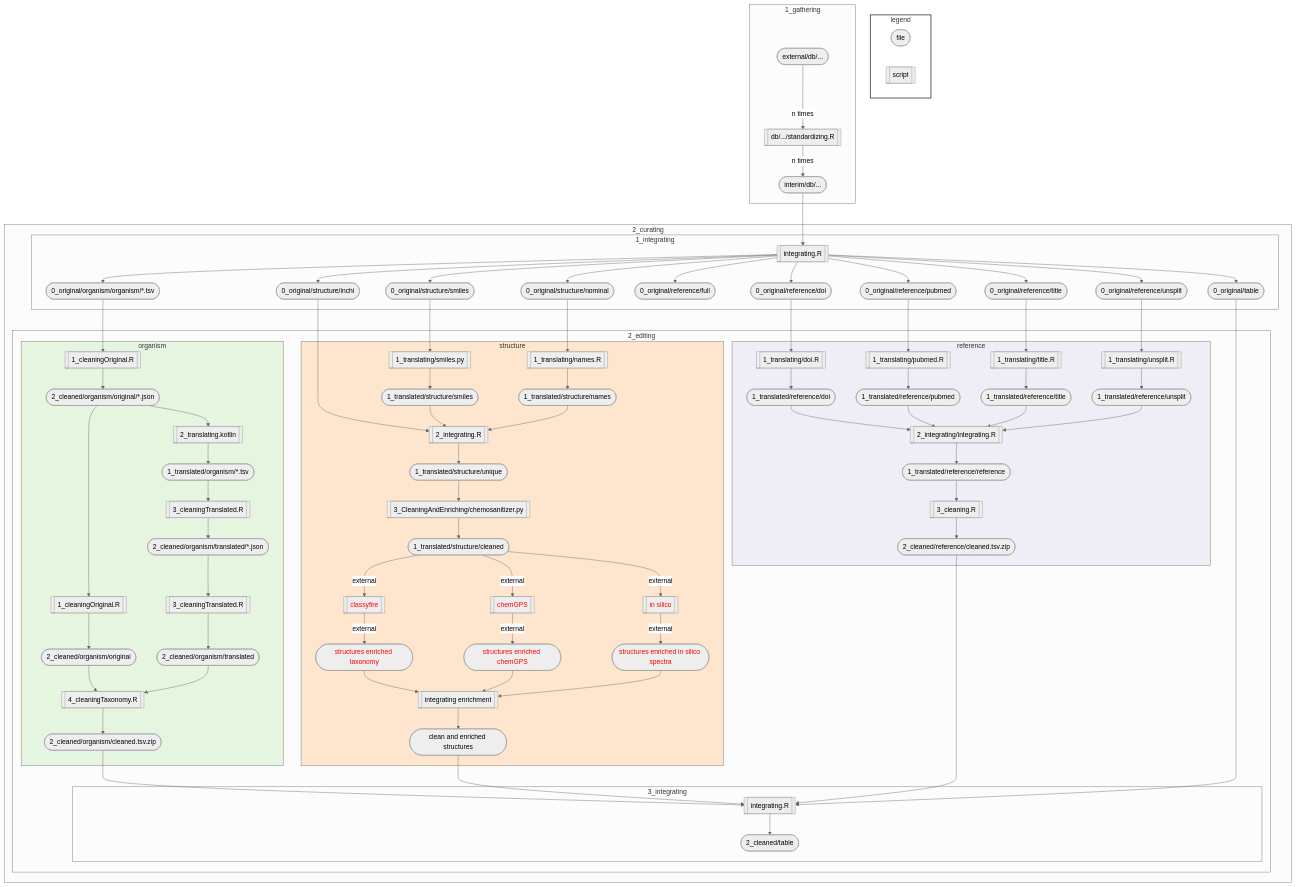
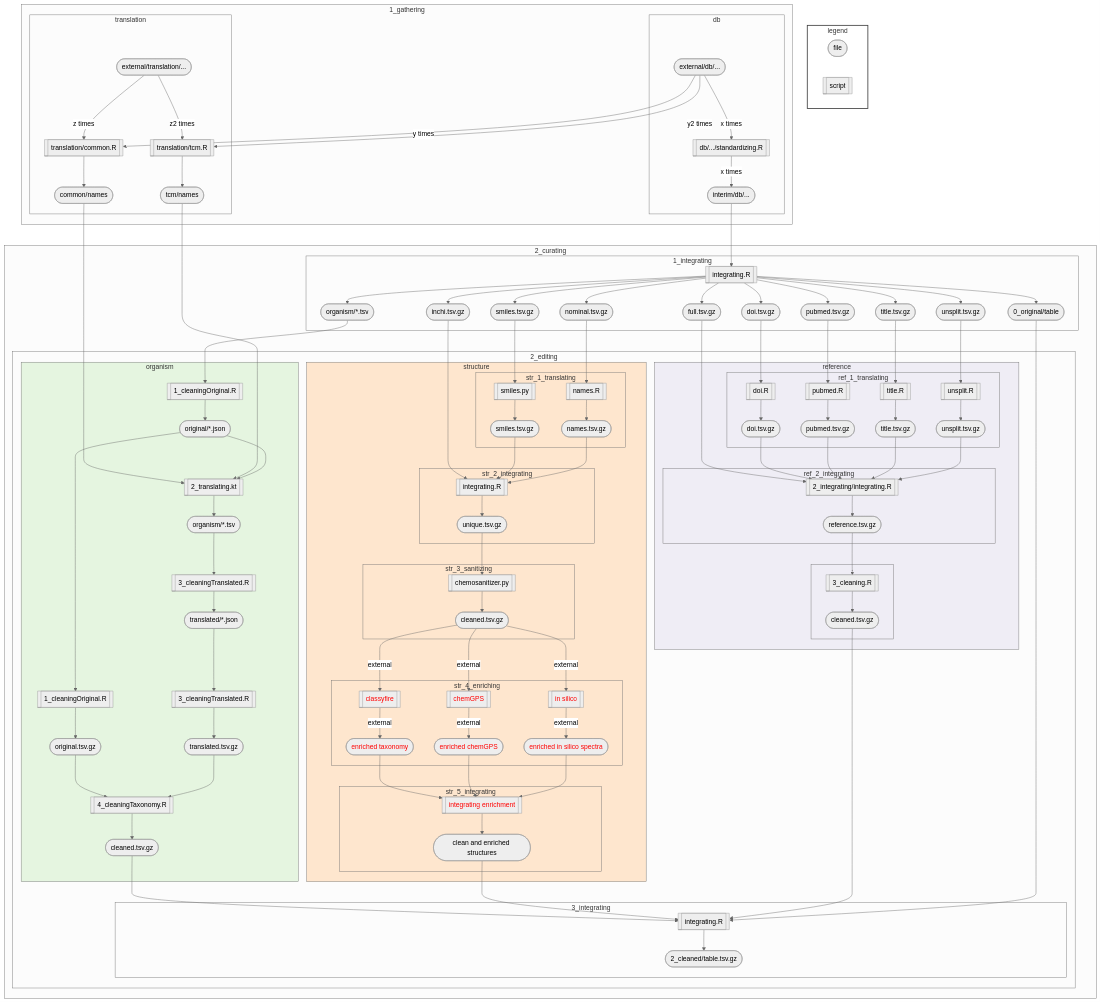
One commit to lotusnprod/lotus-processor changed the diagram in README.md. Above: the diagram before and after it, drawn with Mermaid (neutral theme).

```diff
--- a/README.md
+++ b/README.md
@@ -15,113 +15,154 @@
 end
 
 subgraph 1_gathering
-010([external/db/...]) -- n times --> 020[[db/.../standardizing.R]] -- n times --> 030([interim/db/...]) 
+subgraph db
+010([external/db/...]) -- x times --> 020[[db/.../standardizing.R]] -- x times --> 030([interim/db/...]) 
 end
+
+subgraph translation
+010([external/db/...]) -- y times --> 040[[translation/common.R]]
+011([external/translation/...]) -- z times --> 040[[translation/common.R]] --> 050([common/names])
+010([external/db/...]) -- y2 times --> 060[[translation/tcm.R]]
+011([external/translation/...]) -- z2 times --> 060[[translation/tcm.R]] --> 070([tcm/names])
+end
+
+end
+
+050([common/names]) --> 105[[2_translating.kt]]
+070([tcm/names]) --> 105[[2_translating.kt]]
 
 subgraph 2_curating
 subgraph 1_integrating
-030([interim/db/...]) --> 040[[integrating.R]]
-040[[integrating.R]] --> 100([0_original/organism/organism/*.tsv])
-040[[integrating.R]] --> 210([0_original/structure/inchi])
-040[[integrating.R]] --> 220([0_original/structure/smiles])
-040[[integrating.R]] --> 230([0_original/structure/nominal])
-040[[integrating.R]] --> 310([0_original/reference/full])
-040[[integrating.R]] --> 320([0_original/reference/doi])
-040[[integrating.R]] --> 330([0_original/reference/pubmed])
-040[[integrating.R]] --> 340([0_original/reference/title])
-040[[integrating.R]] --> 350([0_original/reference/unsplit])
-
-040[[integrating.R]] --> 400([0_original/table])
+030([interim/db/...]) --> 080[[integrating.R]]
+080[[integrating.R]] --> 100([organism/*.tsv])
+080[[integrating.R]] --> 210([inchi.tsv.gz])
+080[[integrating.R]] --> 220([smiles.tsv.gz])
+080[[integrating.R]] --> 230([nominal.tsv.gz])
+080[[integrating.R]] --> 310([full.tsv.gz])
+080[[integrating.R]] --> 320([doi.tsv.gz])
+080[[integrating.R]] --> 330([pubmed.tsv.gz])
+080[[integrating.R]] --> 340([title.tsv.gz])
+080[[integrating.R]] --> 350([unsplit.tsv.gz])
+080[[integrating.R]] --> 400([0_original/table])
 end
 
 subgraph 2_editing
 subgraph organism
 style organism fill:#E5F5E0
-100([0_original/organism/organism/*.tsv]) -->
+100([organism/*.tsv]) -->
     101[[1_cleaningOriginal.R]] --> 
-        102([2_cleaned/organism/original/*.json]) --> 
+        102([original/*.json]) --> 
             103[[1_cleaningOriginal.R]] --> 
-                104([2_cleaned/organism/original]) -->
+                104([original.tsv.gz]) -->
                     111[[4_cleaningTaxonomy.R]]
-        102([2_cleaned/organism/original/*.json]) -->
-            105[[2_translating.kotlin]] -->
-                106([1_translated/organism/*.tsv]) -->
+        102([original/*.json]) -->
+            105[[2_translating.kt]] -->
+                106([organism/*.tsv]) -->
                     107[[3_cleaningTranslated.R]] --> 
-                        108([2_cleaned/organism/translated/*.json]) --> 
+                        108([translated/*.json]) --> 
                             109[[3_cleaningTranslated.R]] -->  
-                                110([2_cleaned/organism/translated]) -->
+                                110([translated.tsv.gz]) -->
                                     111[[4_cleaningTaxonomy.R]] -->
-                                        120([2_cleaned/organism/cleaned])
+                                        120([cleaned.tsv.gz])
 end
 
 subgraph structure
 style structure fill:#FEE6CE
-210([0_original/structure/inchi]) -->
-            240[[2_integrating.R]]
-220([0_original/structure/smiles]) -->
-    221[[1_translating/smiles.py]] -->
-        222([1_translated/structure/smiles]) -->
-            240[[2_integrating.R]]
-230([0_original/structure/nominal]) -->
-    231[[1_translating/names.R]] -->
-        232([1_translated/structure/names]) -->
-            240[[2_integrating.R]] -->
-                250([1_translated/structure/unique]) -->
-                    260[[3_CleaningAndEnriching/chemosanitizer.py]] -->
-                        270([1_translated/structure/cleaned]) -->
-                            |external| 281[[classyfire]] -->
-                                |external| 291([structures enriched taxonomy]) -->
-                                    298[[integrating enrichment]]
-                        270([1_translated/structure/cleaned]) -->
-                            |external| 282[[chemGPS]] -->
-                                |external| 292([structures enriched chemGPS]) -->
-                                    298[[integrating enrichment]]
-                        270([1_translated/structure/cleaned]) -->
-                            |external| 283[[in silico]] -->
-                                |external| 293([structures enriched in silico spectra]) -->
-                                    298[[integrating enrichment]] -->
-                                        299([clean and enriched structures])
+subgraph str_1_translating
+style str_1_translating fill:#FEE6CE
+220([smiles.tsv.gz]) -->
+    221[[smiles.py]] -->
+        222([smiles.tsv.gz])
+230([nominal.tsv.gz]) -->
+    231[[names.R]] -->
+        232([names.tsv.gz])
+end
 
+subgraph str_2_integrating
+style str_2_integrating fill:#FEE6CE
+210([inchi.tsv.gz]) --> 240[[integrating.R]] 
+222([smiles.tsv.gz]) --> 240[[integrating.R]]
+232([names.tsv.gz]) --> 240[[integrating.R]]
+    --> 250([unique.tsv.gz]) 
+end
+
+subgraph str_3_sanitizing
+style str_3_sanitizing fill:#FEE6CE
+250([unique.tsv.gz]) --> 260[[chemosanitizer.py]] -->
+    270([cleaned.tsv.gz])
+end
+
+subgraph str_4_enriching
+style str_4_enriching fill:#FEE6CE
+270([cleaned.tsv.gz]) -->
+    |external| 281[[classyfire]] -->
+        |external| 291([enriched taxonomy])
+270([cleaned.tsv.gz]) -->
+    |external| 282[[chemGPS]] -->
+        |external| 292([enriched chemGPS])
+270([cleaned.tsv.gz]) -->
+    |external| 283[[in silico]] -->
+        |external| 293([enriched in silico spectra])
+end 
+
+subgraph str_5_integrating
+style str_5_integrating fill:#FEE6CE
+291([enriched taxonomy]) --> 298[[integrating enrichment]]
+292([enriched chemGPS]) --> 298[[integrating enrichment]]
+293([enriched in silico spectra]) --> 298[[integrating enrichment]]
+298[[integrating enrichment]] --> 299([clean and enriched structures])
+end
 classDef NotDone color:red
-class 281,291,282,292,283,293 NotDone
+class 281,291,282,292,283,293,298 NotDone
 
 end
 
 subgraph reference
 style reference fill:#EFEDF5
-320([0_original/reference/doi]) -->
-    321[[1_translating/doi.R]] -->
-        322([1_translated/reference/doi]) -->
-            360[[2_integrating/integrating.R]]
-330([0_original/reference/pubmed]) -->
-    331[[1_translating/pubmed.R]] -->
-        332([1_translated/reference/pubmed]) -->
-            360[[2_integrating/integrating.R]]
-340([0_original/reference/title]) -->
-    341[[1_translating/title.R]] -->
-        342([1_translated/reference/title]) -->
-            360[[2_integrating/integrating.R]]
-350([0_original/reference/unsplit]) -->
-    351[[1_translating/unsplit.R]] -->
-        352([1_translated/reference/unsplit]) -->
-            360[[2_integrating/integrating.R]] -->
-                370([1_translated/reference/reference]) -->
-                    380[[3_cleaning.R]] -->
-                        390([2_cleaned/reference/cleaned.tsv.zip])
+subgraph ref_1_translating
+style ref_1_translating fill:#EFEDF5
+320([doi.tsv.gz]) -->
+    321[[doi.R]] -->
+        322([doi.tsv.gz]) 
+330([pubmed.tsv.gz]) -->
+    331[[pubmed.R]] -->
+        332([pubmed.tsv.gz])
+340([title.tsv.gz]) -->
+    341[[title.R]] -->
+        342([title.tsv.gz])
+350([unsplit.tsv.gz]) -->
+    351[[unsplit.R]] -->
+        352([unsplit.tsv.gz])
+end
+subgraph ref_2_integrating
+style ref_2_integrating fill:#EFEDF5
+310([full.tsv.gz]) --> 360[[2_integrating/integrating.R]]
+322([doi.tsv.gz]) --> 360[[2_integrating/integrating.R]]
+332([pubmed.tsv.gz]) --> 360[[2_integrating/integrating.R]]
+342([title.tsv.gz]) --> 360[[2_integrating/integrating.R]]
+352([unsplit.tsv.gz]) --> 360[[2_integrating/integrating.R]] -->
+        370([reference.tsv.gz]) 
+end
+subgraph .
+style . fill:#EFEDF5
+370([reference.tsv.gz]) -->
+    380[[3_cleaning.R]] -->
+        390([cleaned.tsv.gz])
+end
 end
 
 subgraph 3_integrating
-120([2_cleaned/organism/cleaned.tsv.zip]) -->
+120([cleaned.tsv.gz]) -->
 998[[integrating.R]]
 
 299([clean and enriched structures]) -->
 998[[integrating.R]]
 
-390([2_cleaned/reference/cleaned.tsv.zip]) -->
+390([cleaned.tsv.gz]) -->
 998[[integrating.R]]
 
 400([0_original/table]) --> 
-    998[[integrating.R]] --> 999([2_cleaned/table])
+    998[[integrating.R]] --> 999([2_cleaned/table.tsv.gz])
 end
 end    
 end
```
